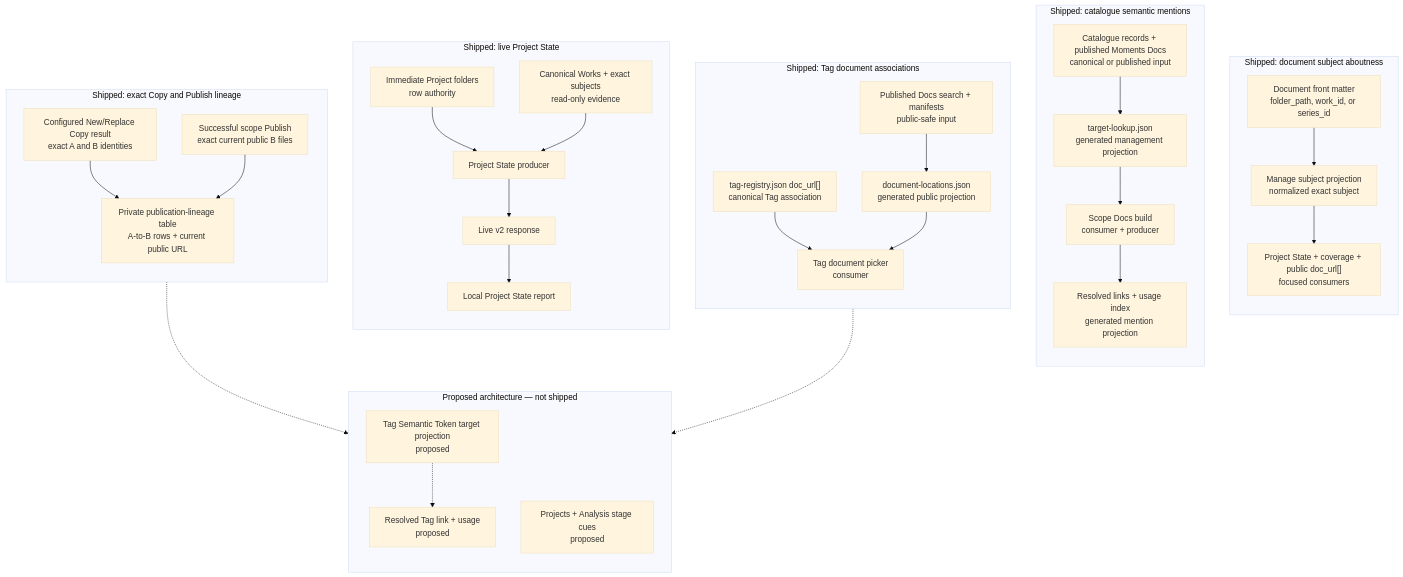
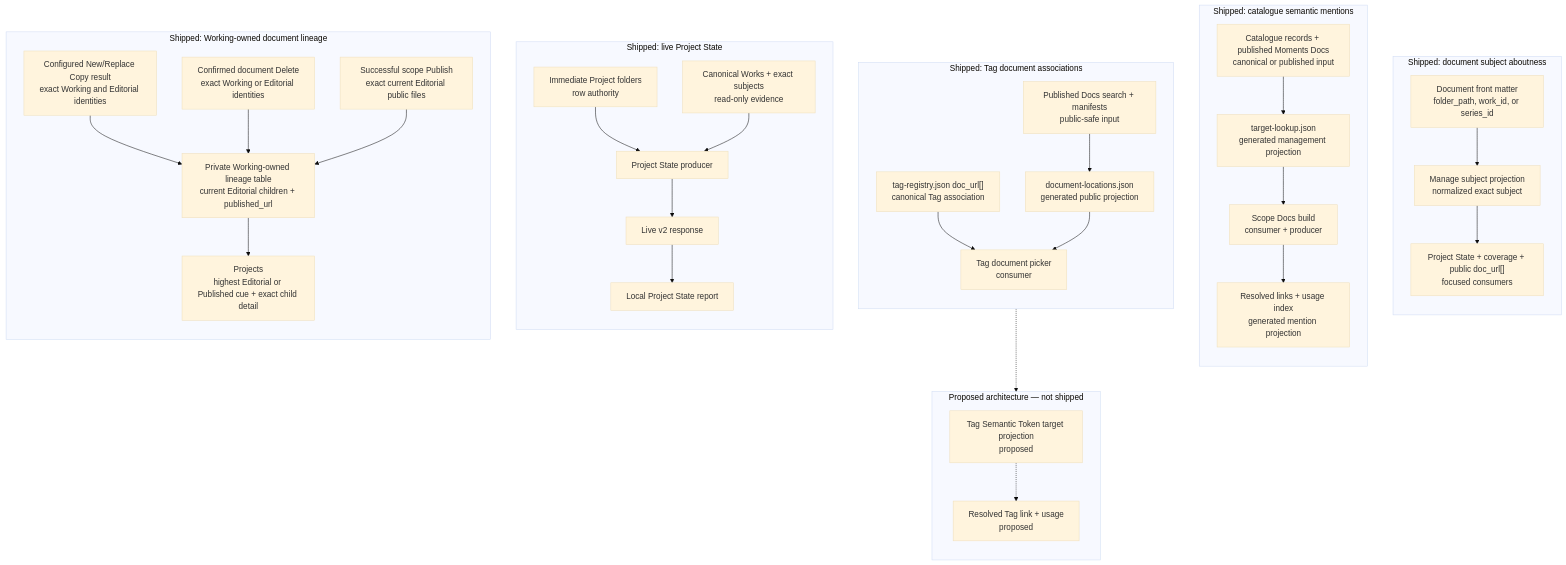
Before and after one commit to dotlineform/dotlineform-site: the diagram in docs-viewer/scopes/studio/source/documents/d-20260802-205912-16bc10.md, drawn with Mermaid (base theme). The commit also changed other lines of this file and 22 other files, not shown here.

````diff
--- a/docs-viewer/scopes/studio/source/documents/d-20260802-205912-16bc10.md
+++ b/docs-viewer/scopes/studio/source/documents/d-20260802-205912-16bc10.md
@@ -19,61 +19,63 @@
 ```mermaid
 flowchart TB
     accTitle: Current cross-system relationship projections
-    accDescr: Subject aboutness, semantic mentions, Tag document locations, live Project State reporting, shipped Copy and Publish lineage, and Projects publication cues remain separate products with explicit authorities.
+    accDescr: Subject aboutness, semantic mentions, Tag document locations, live Project State reporting, Working-owned Copy Delete and Publish lineage, and Projects publication cues remain separate products with explicit authorities.
 
     subgraph subjects["Shipped: document subject aboutness"]
         direction TB
         sourceSubjects["Document front matter<br/>folder_path, work_id, or series_id"]
         subjectProjection["Manage subject projection<br/>normalized exact subject"]
         aboutConsumers["Project State + coverage + public doc_url[]<br/>focused consumers"]
         sourceSubjects --> subjectProjection --> aboutConsumers
     end
 
     subgraph semantic["Shipped: catalogue semantic mentions"]
         direction TB
         catalogue["Catalogue records + published Moments Docs<br/>canonical or published input"]
         targetLookup["target-lookup.json<br/>generated management projection"]
         docsBuild["Scope Docs build<br/>consumer + producer"]
         rendered["Resolved links + usage index<br/>generated mention projection"]
         catalogue --> targetLookup --> docsBuild --> rendered
     end
 
     subgraph tags["Shipped: Tag document associations"]
         direction TB
         registry["tag-registry.json doc_url[]<br/>canonical Tag association"]
         publishedDocs["Published Docs search + manifests<br/>public-safe input"]
         locations["document-locations.json<br/>generated public projection"]
         picker["Tag document picker<br/>consumer"]
         registry --> picker
         publishedDocs --> locations --> picker
     end
 
     subgraph project["Shipped: live Project State"]
         direction TB
         projectFolders["Immediate Project folders<br/>row authority"]
         projectEvidence["Canonical Works + exact subjects<br/>read-only evidence"]
         projectState["Project State producer"]
         projectResponse["Live v2 response"]
         projectReport["Local Project State report"]
         projectFolders --> projectState
         projectEvidence --> projectState --> projectResponse --> projectReport
     end
 
-    subgraph copyLineage["Shipped: exact Copy and Publish lineage"]
+    subgraph copyLineage["Shipped: Working-owned document lineage"]
         direction TB
-        copyResult["Configured New/Replace Copy result<br/>exact A and B identities"]
-        publishResult["Successful scope Publish<br/>exact current public B files"]
-        publicationLineage["Private publication-lineage table<br/>A-to-B rows + current public URL"]
+        copyResult["Configured New/Replace Copy result<br/>exact Working and Editorial identities"]
+        deleteResult["Confirmed document Delete<br/>exact Working or Editorial identities"]
+        publishResult["Successful scope Publish<br/>exact current Editorial public files"]
+        publicationLineage["Private Working-owned lineage table<br/>current Editorial children + published_url"]
+        publicationCues["Projects<br/>highest Editorial or Published cue + exact child detail"]
         copyResult --> publicationLineage
+        deleteResult --> publicationLineage
         publishResult --> publicationLineage
+        publicationLineage --> publicationCues
     end
 
     subgraph proposed["Proposed architecture — not shipped"]
         direction TB
         tagTokens["Tag Semantic Token target projection<br/>proposed"]
         tagOutput["Resolved Tag link + usage<br/>proposed"]
-        publicationCues["Projects + Analysis stage cues<br/>proposed"]
         registry -.-> tagTokens -.-> tagOutput
-        publicationLineage -.-> publicationCues
     end
 ```
````
